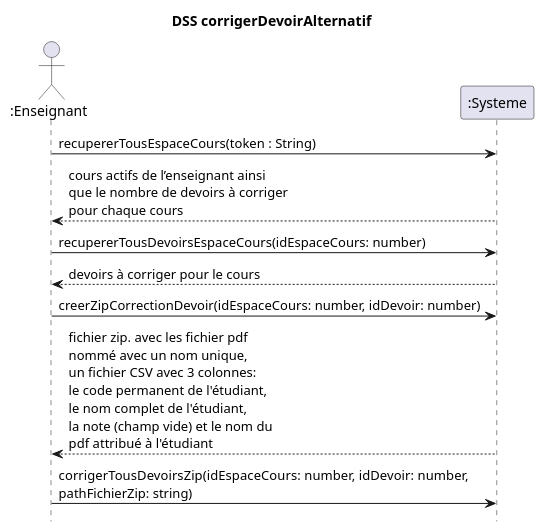
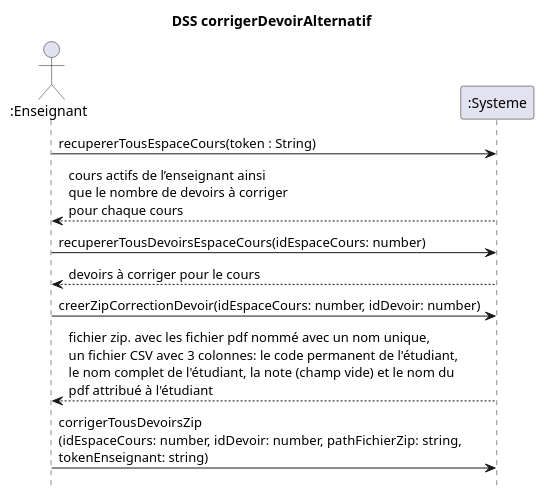
The second of 2 diagrams in docs/CorrigerDevoir/DSS_corrigerDevoir.puml (nerdz88/SGA-TS), drawn with PlantUML before and after one commit. The commit also changed other lines of this file and 10 other files, not shown here.

```diff
--- a/docs/CorrigerDevoir/DSS_corrigerDevoir.puml
+++ b/docs/CorrigerDevoir/DSS_corrigerDevoir.puml
@@ -17,14 +17,14 @@
 @startuml dss_corrigerDevoirAlternatif
 title DSS corrigerDevoirAlternatif
 hide footbox
 actor ":Enseignant" as enseignant
 participant ":Systeme" as systeme
 
 enseignant ->  systeme : recupererTousEspaceCours(token : String)
 enseignant <-- systeme : cours actifs de l’enseignant ainsi\nque le nombre de devoirs à corriger\npour chaque cours
 enseignant -> systeme : recupererTousDevoirsEspaceCours(idEspaceCours: number)
 systeme --> enseignant : devoirs à corriger pour le cours
 enseignant -> systeme : creerZipCorrectionDevoir(idEspaceCours: number, idDevoir: number)
-systeme --> enseignant : fichier zip. avec les fichier pdf\nnommé avec un nom unique,\nun fichier CSV avec 3 colonnes:\nle code permanent de l'étudiant,\nle nom complet de l'étudiant,\nla note (champ vide) et le nom du\npdf attribué à l'étudiant
-enseignant -> systeme : corrigerTousDevoirsZip(idEspaceCours: number, idDevoir: number,\npathFichierZip: string)
+systeme --> enseignant : fichier zip. avec les fichier pdf nommé avec un nom unique,\nun fichier CSV avec 3 colonnes: le code permanent de l'étudiant,\nle nom complet de l'étudiant, la note (champ vide) et le nom du\npdf attribué à l'étudiant
+enseignant -> systeme : corrigerTousDevoirsZip\n(idEspaceCours: number, idDevoir: number, pathFichierZip: string,\ntokenEnseignant: string)
 @enduml
```
